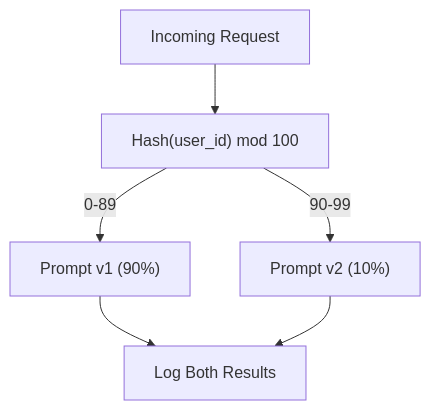
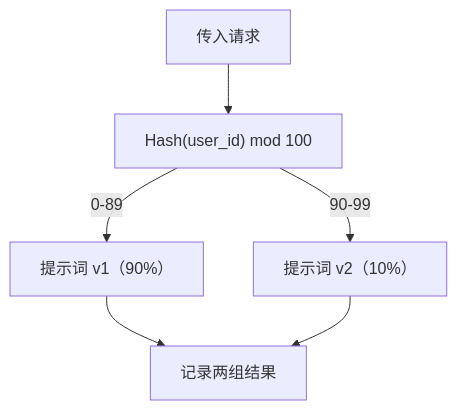
One commit to husky1102/ai-engineering-from-scratch-zh changed the third of 3 diagrams in phases/11-llm-engineering/13-production-app/docs/zh-CN.md. Above: the diagram before and after it, drawn with Mermaid. The commit also changed other lines of this file and 1 other file, not shown here.

````diff
--- a/phases/11-llm-engineering/13-production-app/docs/zh-CN.md
+++ b/phases/11-llm-engineering/13-production-app/docs/zh-CN.md
@@ -177,14 +177,14 @@
 ```mermaid
 graph TD
-    R["Incoming Request"]
+    R["传入请求"]
     H["Hash(user_id) mod 100"]
-    A["Prompt v1 (90%)"]
-    B["Prompt v2 (10%)"]
-    L["Log Both Results"]
+    A["提示词 v1（90%）"]
+    B["提示词 v2（10%）"]
+    L["记录两组结果"]
     
     R --> H
     H -->|0-89| A
     H -->|90-99| B
     A --> L
     B --> L
 ```
````
